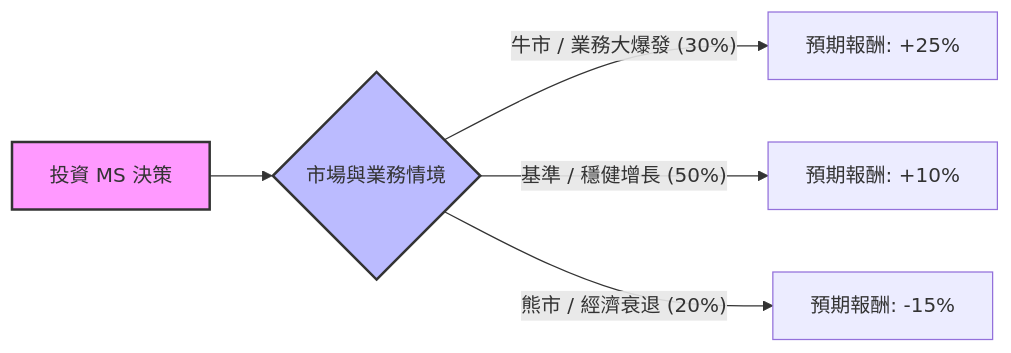
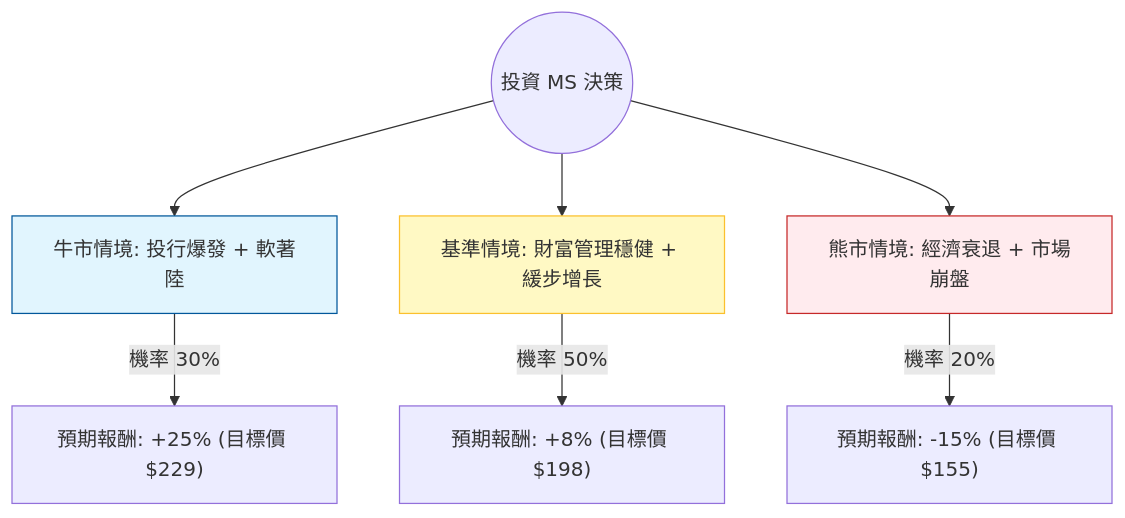
One commit to zmcx16/zmcx16.github.io changed the diagram in plugin-react/ai-analysis/ev-analysis/MS.md. Above: the diagram before and after it, drawn with Mermaid. The commit also changed other lines of this file and 77 other files, not shown here.

````diff
--- a/plugin-react/ai-analysis/ev-analysis/MS.md
+++ b/plugin-react/ai-analysis/ev-analysis/MS.md
@@ -20,11 +20,14 @@
 ```mermaid
-graph LR
-    A[投資 MS 決策] --> B{市場與業務情境}
-    
-    B -- 牛市 / 業務大爆發 (30%) --> C[預期報酬: +25%]
-    B -- 基準 / 穩健增長 (50%) --> D[預期報酬: +10%]
-    B -- 熊市 / 經濟衰退 (20%) --> E[預期報酬: -15%]
+graph TD
+    Start((投資 MS 決策)) --> Bull[牛市情境: 投行爆發 + 軟著陸]
+    Start --> Base[基準情境: 財富管理穩健 + 緩步增長]
+    Start --> Bear[熊市情境: 經濟衰退 + 市場崩盤]
 
-    style A fill:#f9f,stroke:#333,stroke-width:2px
-    style B fill:#bbf,stroke:#333,stroke-width:2px
+    Bull -- "機率 30%" --> Bull_Val["預期報酬: +25% (目標價 $229)"]
+    Base -- "機率 50%" --> Base_Val["預期報酬: +8% (目標價 $198)"]
+    Bear -- "機率 20%" --> Bear_Val["預期報酬: -15% (目標價 $155)"]
+
+    style Bull fill:#e1f5fe,stroke:#01579b
+    style Base fill:#fff9c4,stroke:#fbc02d
+    style Bear fill:#ffebee,stroke:#c62828
 ```
````
